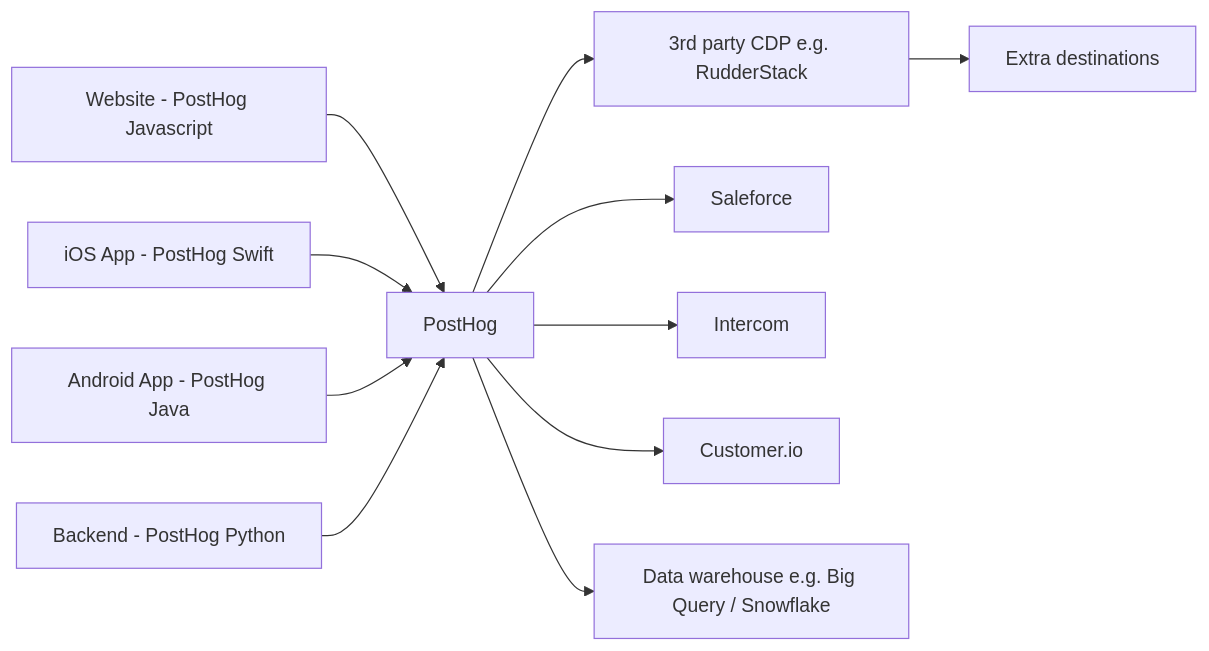
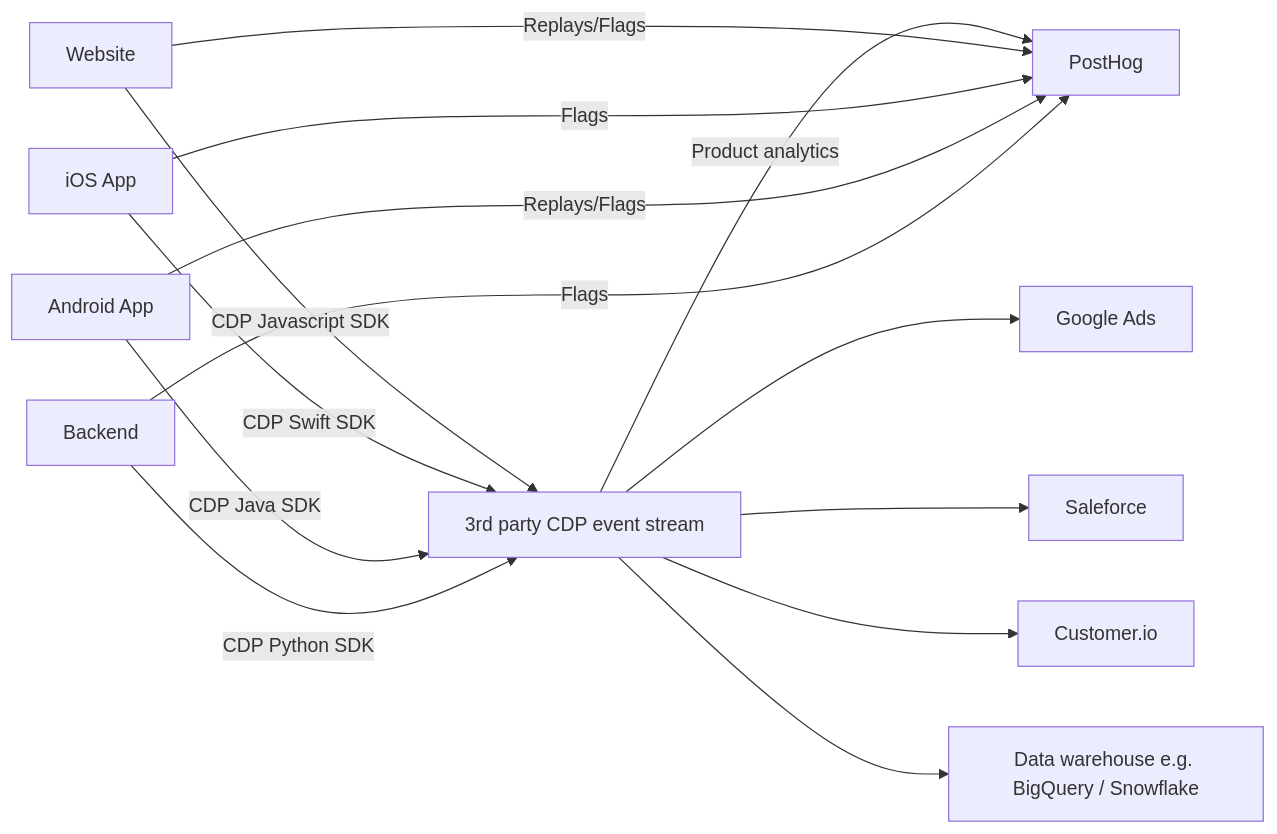
Before and after one commit to PostHog/posthog.com: the fifth of 5 diagrams in contents/docs/advanced/cdp.md, drawn with Mermaid. The commit also changed other lines of this file, not shown here.

Commit message:
update cdp docs

````diff
--- a/contents/docs/advanced/cdp.md
+++ b/contents/docs/advanced/cdp.md
@@ -124,13 +122,16 @@
 ```mermaid
 graph LR
-A[Website - PostHog Javascript] --> B[PostHog]
-C[iOS App - PostHog Swift] --> B[PostHog]
-D[Android App - PostHog Java] --> B[PostHog]
-E[Backend - PostHog Python] --> B[PostHog]
-B --> G
-G[3rd party CDP e.g. RudderStack] --> N[Extra destinations]
-B --> H[Saleforce]
-B --> I[Intercom]
-B --> K[Customer.io]
-B --> F[Data warehouse e.g. Big Query / Snowflake]
+A[Website] --CDP Javascript SDK--> G
+C[iOS App] --CDP Swift SDK--> G
+D[Android App] --CDP Java SDK--> G
+E[Backend] --CDP Python SDK--> G
+G[3rd party CDP event stream] --Product analytics--> B[PostHog]
+A --Replays/Flags--> B
+C --Flags--> B
+D --Replays/Flags--> B
+E --Flags--> B
+G --> N[Google Ads]
+G --> H[Saleforce]
+G --> K[Customer.io]
+G --> F[Data warehouse e.g. BigQuery / Snowflake]
 ```
````
